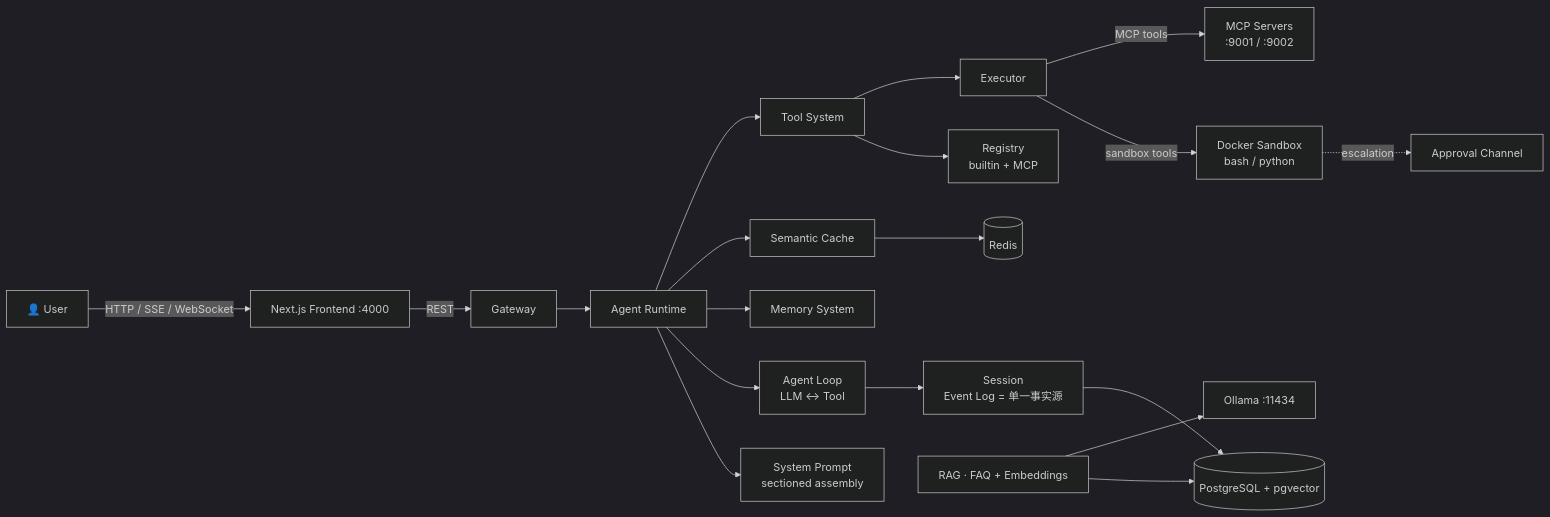
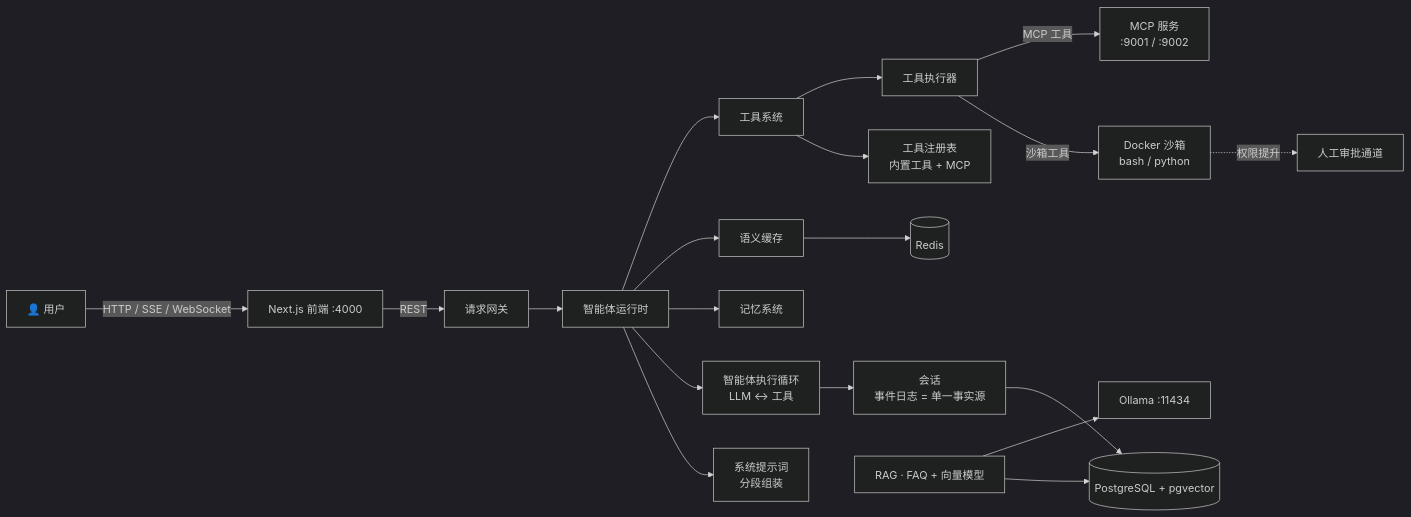
One commit to nandalock/agent-harness changed the diagram in README.md. Above: the diagram before and after it, drawn with Mermaid (dark theme). The commit also changed other lines of this file, not shown here.

````diff
--- a/README.md
+++ b/README.md
@@ -102,21 +92,21 @@
 ```mermaid
 flowchart LR
-    U[👤 User] -->|HTTP / SSE / WebSocket| F[Next.js Frontend :4000]
-    F -->|REST| G[Gateway]
-    G --> A[Agent Runtime]
-    A --> SP[System Prompt<br/>sectioned assembly]
-    A --> AL[Agent Loop<br/>LLM ↔ Tool]
-    AL --> S[Session<br/>Event Log = 单一事实源]
+    U[👤 用户] -->|HTTP / SSE / WebSocket| F[Next.js 前端 :4000]
+    F -->|REST| G[请求网关]
+    G --> A[智能体运行时]
+    A --> SP[系统提示词<br/>分段组装]
+    A --> AL[智能体执行循环<br/>LLM ↔ 工具]
+    AL --> S[会话<br/>事件日志 = 单一事实源]
     S --> P[(PostgreSQL + pgvector)]
-    A --> M[Memory System]
-    A --> C[Semantic Cache]
+    A --> M[记忆系统]
+    A --> C[语义缓存]
     C --> R[(Redis)]
-    A --> TS[Tool System]
-    TS --> TR[Registry<br/>builtin + MCP]
-    TS --> EX[Executor]
-    EX -->|sandbox tools| SB[Docker Sandbox<br/>bash / python]
-    EX -->|MCP tools| MCP[MCP Servers<br/>:9001 / :9002]
-    SB -.escalation.-> AP[Approval Channel]
-    K[RAG · FAQ + Embeddings] --> P
+    A --> TS[工具系统]
+    TS --> TR[工具注册表<br/>内置工具 + MCP]
+    TS --> EX[工具执行器]
+    EX -->|沙箱工具| SB[Docker 沙箱<br/>bash / python]
+    EX -->|MCP 工具| MCP[MCP 服务<br/>:9001 / :9002]
+    SB -.权限提升.-> AP[人工审批通道]
+    K[RAG · FAQ + 向量模型] --> P
     K --> O[Ollama :11434]
 ```
````
